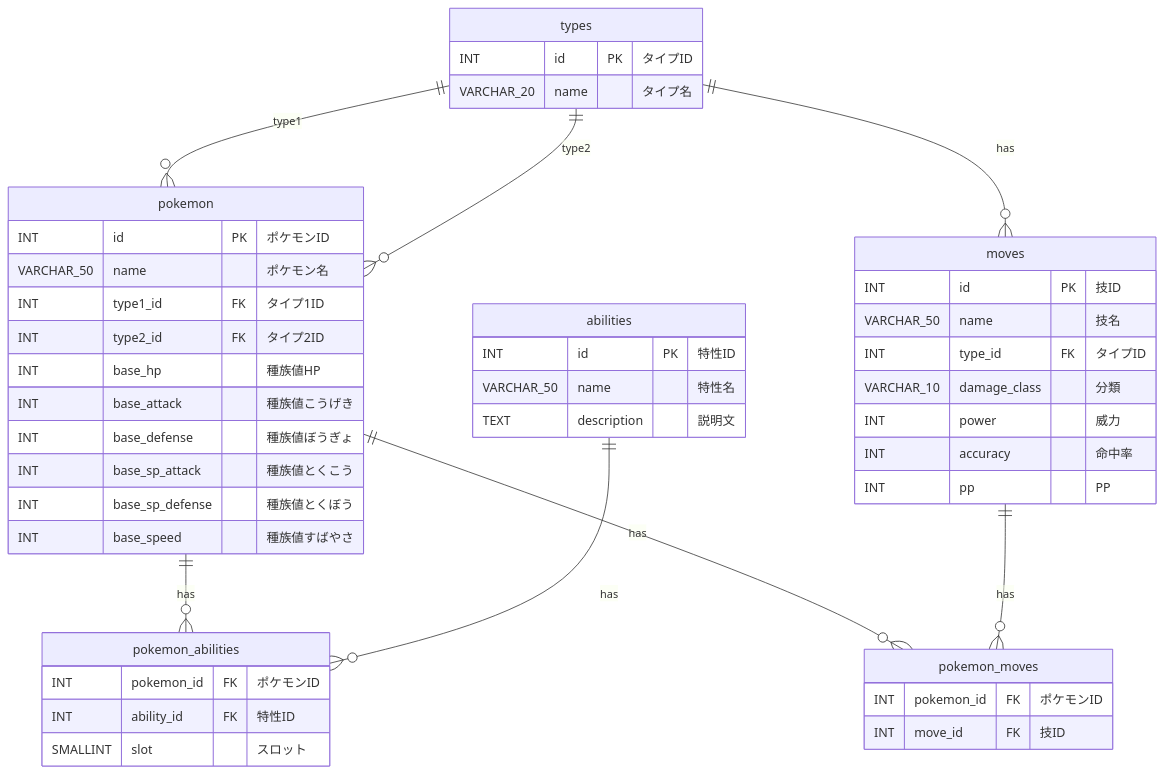
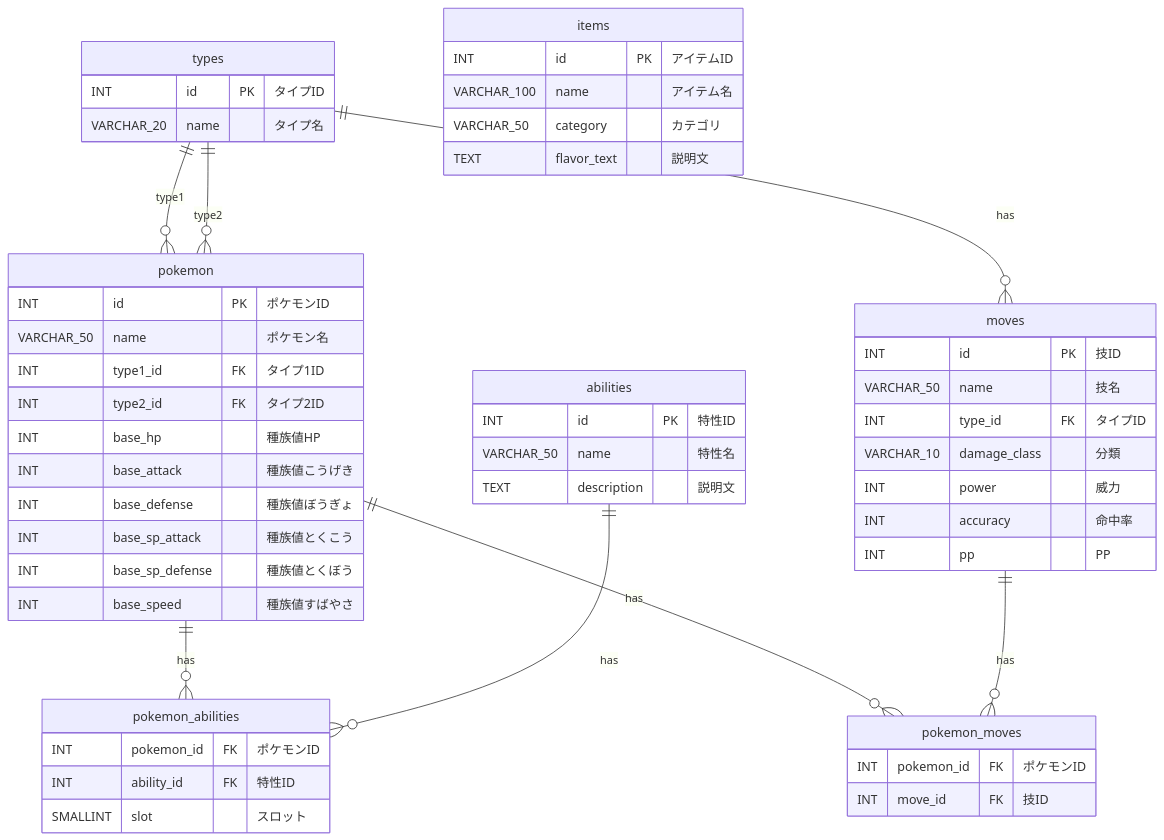
The diagram in docs/er/dex.md (Nahaq789/pob), drawn with Mermaid before and after one commit. The commit also changed 1 other file, not shown here.

Commit message:
items追加

````diff
--- a/docs/er/dex.md
+++ b/docs/er/dex.md
@@ -1,56 +1,63 @@
 ```mermaid
 erDiagram
     types {
         INT id PK "タイプID"
         VARCHAR_20 name "タイプ名"
     }
 
     pokemon {
         INT id PK "ポケモンID"
         VARCHAR_50 name "ポケモン名"
         INT type1_id FK "タイプ1ID"
         INT type2_id FK "タイプ2ID"
         INT base_hp "種族値HP"
         INT base_attack "種族値こうげき"
         INT base_defense "種族値ぼうぎょ"
         INT base_sp_attack "種族値とくこう"
         INT base_sp_defense "種族値とくぼう"
         INT base_speed "種族値すばやさ"
     }
 
     abilities {
         INT id PK "特性ID"
         VARCHAR_50 name "特性名"
         TEXT description "説明文"
     }
 
     pokemon_abilities {
         INT pokemon_id FK "ポケモンID"
         INT ability_id FK "特性ID"
         SMALLINT slot "スロット"
     }
 
     moves {
         INT id PK "技ID"
         VARCHAR_50 name "技名"
         INT type_id FK "タイプID"
         VARCHAR_10 damage_class "分類"
         INT power "威力"
         INT accuracy "命中率"
         INT pp "PP"
     }
 
     pokemon_moves {
         INT pokemon_id FK "ポケモンID"
         INT move_id FK "技ID"
     }
 
+    items {
+        INT id PK "アイテムID"
+        VARCHAR_100 name "アイテム名"
+        VARCHAR_50 category "カテゴリ"
+        TEXT flavor_text "説明文"
+    }
+
     types ||--o{ pokemon : "type1"
     types ||--o{ pokemon : "type2"
     types ||--o{ moves : "has"
     pokemon ||--o{ pokemon_abilities : "has"
     abilities ||--o{ pokemon_abilities : "has"
     pokemon ||--o{ pokemon_moves : "has"
     moves ||--o{ pokemon_moves : "has"
 
 ```
````
